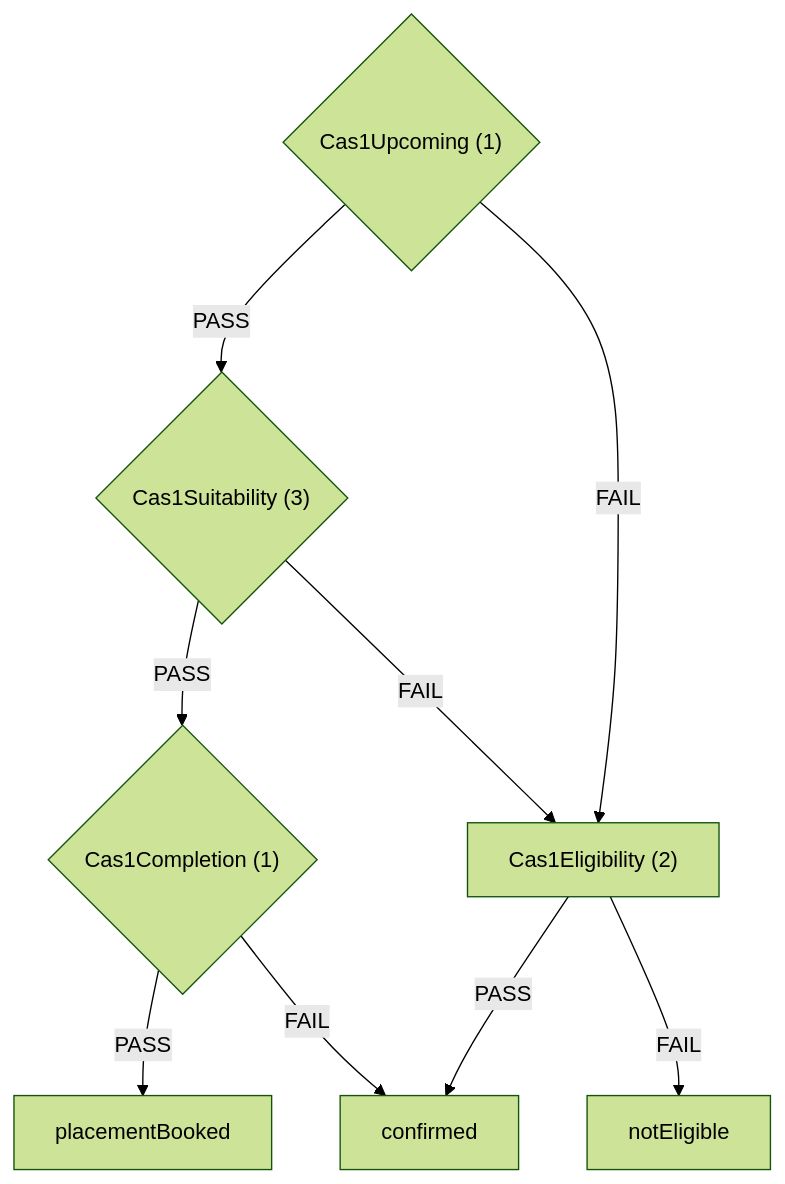
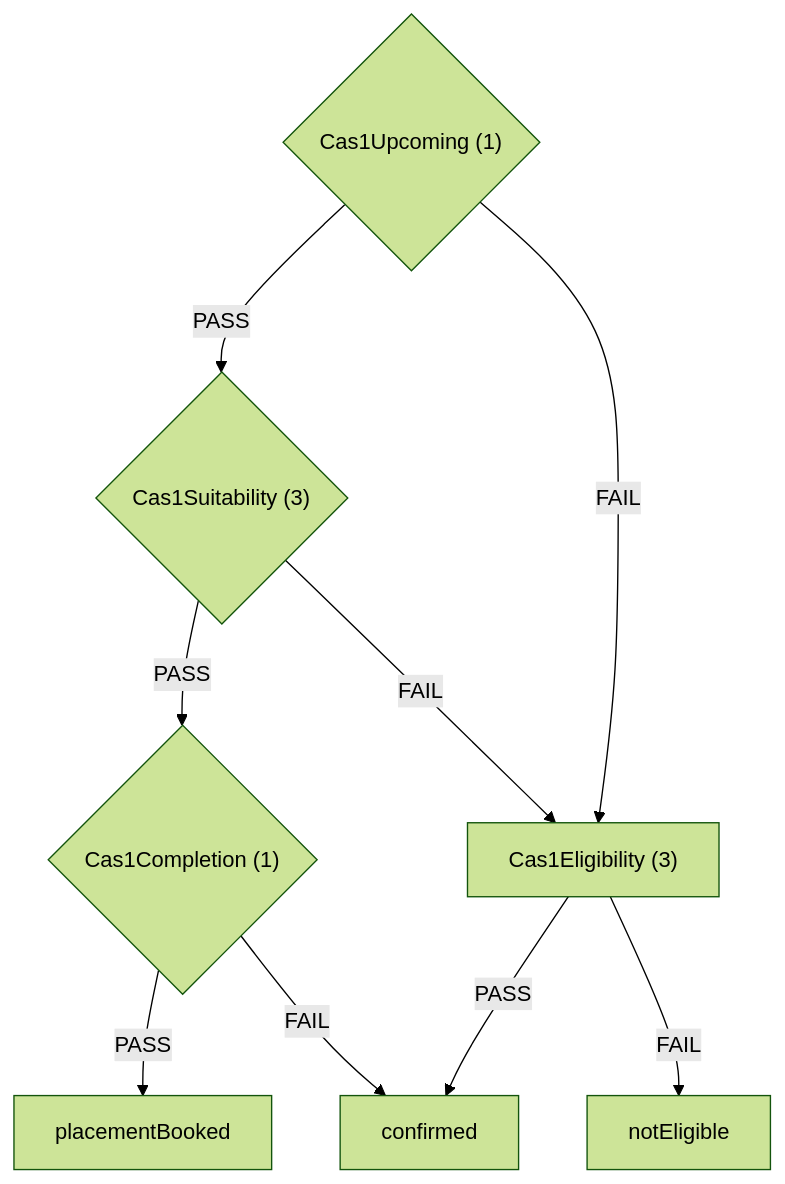
One commit to ministryofjustice/hmpps-single-accommodation-service-api changed the first of 6 diagrams in docs/eligibility-rules-graph.md. Above: the diagram before and after it, drawn with Mermaid (forest theme). The commit also changed other lines of this file and 8 other files, not shown here.

````diff
--- a/docs/eligibility-rules-graph.md
+++ b/docs/eligibility-rules-graph.md
@@ -9,18 +9,18 @@
 ```mermaid
 flowchart TD
   Cas1Upcoming{"Cas1Upcoming (1)"}
   Cas1Suitability{"Cas1Suitability (3)"}
   Cas1Completion{"Cas1Completion (1)"}
   placementBooked["placementBooked"]
   confirmed["confirmed"]
-  Cas1Eligibility["Cas1Eligibility (2)"]
+  Cas1Eligibility["Cas1Eligibility (3)"]
   notEligible["notEligible"]
   Cas1Completion -->|PASS| placementBooked
   Cas1Completion -->|FAIL| confirmed
   Cas1Eligibility -->|PASS| confirmed
   Cas1Eligibility -->|FAIL| notEligible
   Cas1Suitability -->|PASS| Cas1Completion
   Cas1Suitability -->|FAIL| Cas1Eligibility
   Cas1Upcoming -->|PASS| Cas1Suitability
   Cas1Upcoming -->|FAIL| Cas1Eligibility
 ```
````
